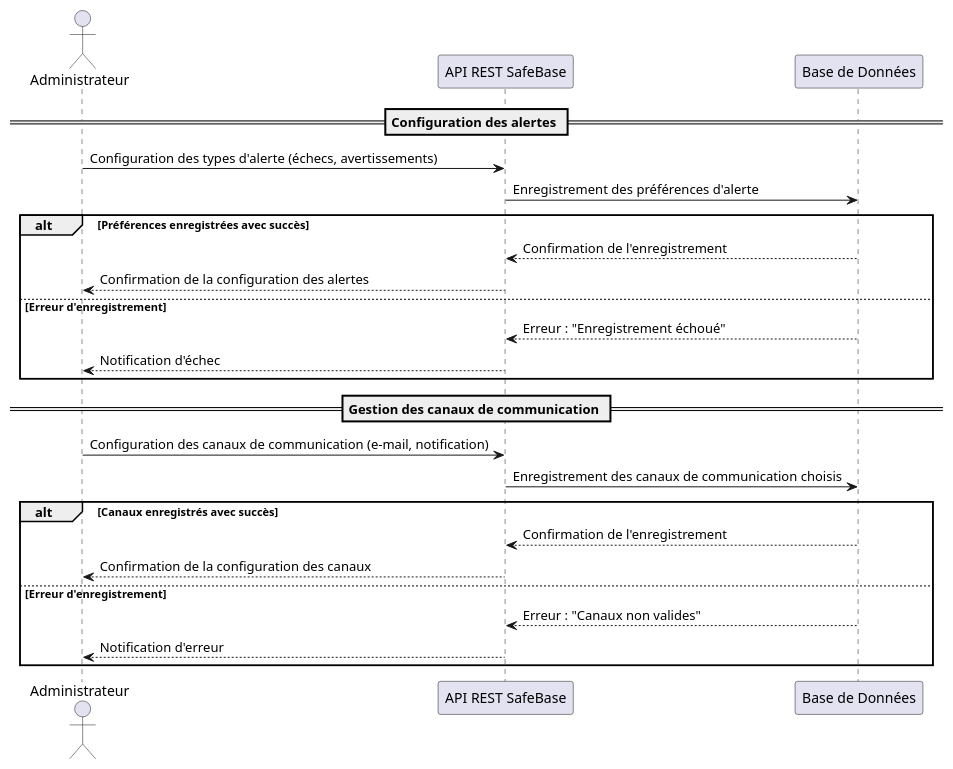
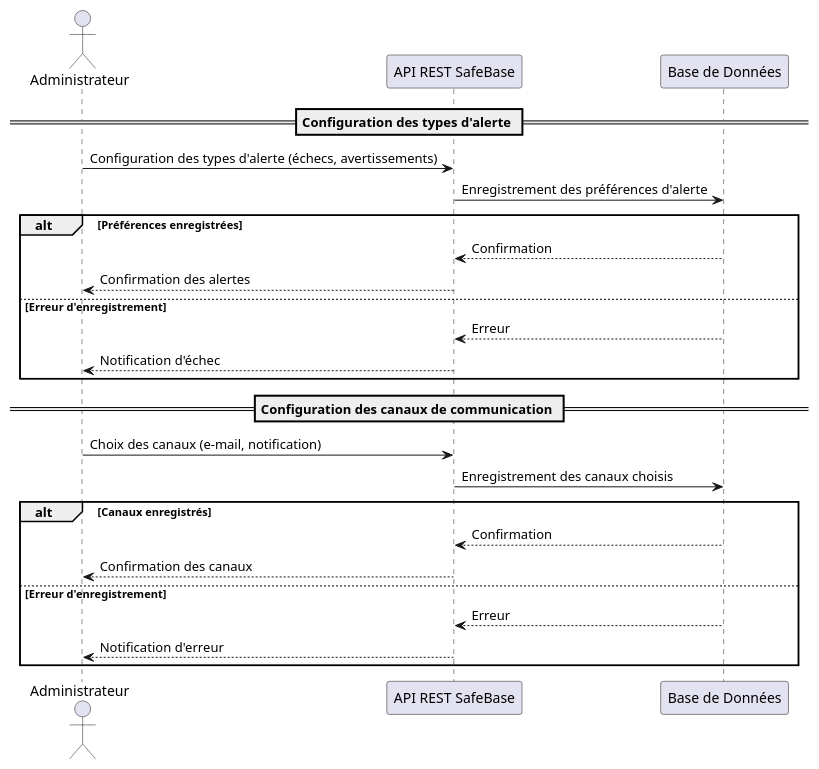
One commit to benoit-bremaud/plateforme-safebase changed the ninth of 12 diagrams in docs/uml/diagramme_sequence.md. Above: the diagram before and after it, drawn with PlantUML. The commit also changed other lines of this file, not shown here.

First line of the commit message:
docs(diagram-sequence): synthesize and finalize UML sequence diagrams

````diff
--- a/docs/uml/diagramme_sequence.md
+++ b/docs/uml/diagramme_sequence.md
@@ -637,31 +445,31 @@
 ```plantuml
 @startuml
 actor "Administrateur" as Admin
 participant "API REST SafeBase" as API
 participant "Base de Données" as DB
 
-== Configuration des alertes ==
+== Configuration des types d'alerte ==
 Admin -> API : Configuration des types d'alerte (échecs, avertissements)
 API -> DB : Enregistrement des préférences d'alerte
 
-alt Préférences enregistrées avec succès
-    DB --> API : Confirmation de l'enregistrement
-    API --> Admin : Confirmation de la configuration des alertes
+alt Préférences enregistrées
+    DB --> API : Confirmation
+    API --> Admin : Confirmation des alertes
 else Erreur d'enregistrement
-    DB --> API : Erreur : "Enregistrement échoué"
+    DB --> API : Erreur
     API --> Admin : Notification d'échec
 end alt
 
-== Gestion des canaux de communication ==
-Admin -> API : Configuration des canaux de communication (e-mail, notification)
-API -> DB : Enregistrement des canaux de communication choisis
+== Configuration des canaux de communication ==
+Admin -> API : Choix des canaux (e-mail, notification)
+API -> DB : Enregistrement des canaux choisis
 
-alt Canaux enregistrés avec succès
-    DB --> API : Confirmation de l'enregistrement
-    API --> Admin : Confirmation de la configuration des canaux
+alt Canaux enregistrés
+    DB --> API : Confirmation
+    API --> Admin : Confirmation des canaux
 else Erreur d'enregistrement
-    DB --> API : Erreur : "Canaux non valides"
+    DB --> API : Erreur
     API --> Admin : Notification d'erreur
 end alt
 @enduml
 ```
````
